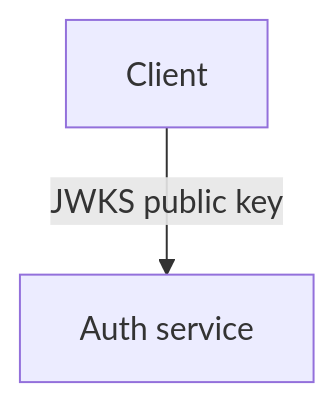
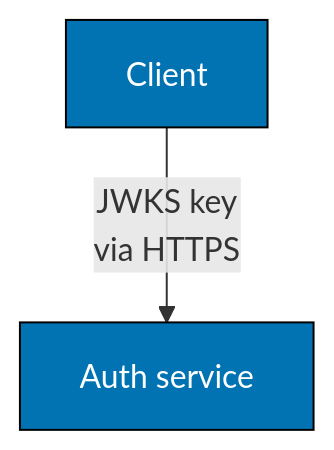
The second of 2 diagrams in repo-governance/conventions/formatting/diagrams/common-syntax-errors-label-constraints-overview-and-rules-1-2.md (wahidyankf/ose-public), drawn with Mermaid before and after one commit. The commit also changed other lines of this file and 13 other files, not shown here.

First line of the commit message:
docs(governance): enforce 20-grapheme mermaid labels and palette defaults

````diff
--- a/repo-governance/conventions/formatting/diagrams/common-syntax-errors-label-constraints-overview-and-rules-1-2.md
+++ b/repo-governance/conventions/formatting/diagrams/common-syntax-errors-label-constraints-overview-and-rules-1-2.md
@@ -41,6 +42,7 @@
 ```mermaid
 graph TD
-    accTitle: Rule 2: Edge labels — plain text only, no HTML
-    accDescr: Client leads to Auth service via JWKS public key.
-    A[Client]-->|"JWKS public key"| B[Auth service]
+    accTitle: Rule 2: Edge labels — breaks, no other HTML
+    accDescr: Client leads to Auth service via JWKS key over HTTPS.
+    A[Client]-->|"JWKS key<br/>via HTTPS"| B[Auth service]
+    classDef default fill:#0173B2,stroke:#000000,color:#FFFFFF
 ```
````
